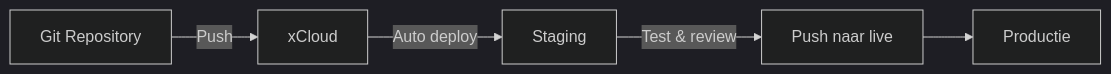
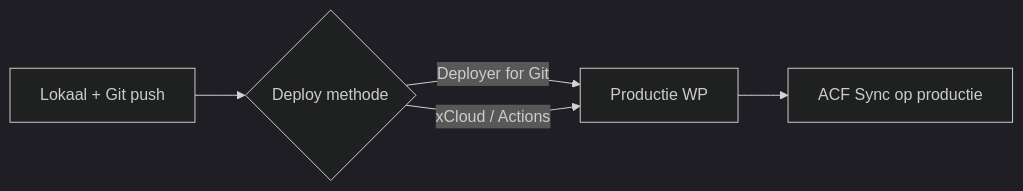
The diagram in hosting/deployments.mdx (kayjilesen/documentationai-Docs), drawn with Mermaid (dark theme) before and after one commit. The commit also changed other lines of this file and 5 other files, not shown here.

````diff
--- a/hosting/deployments.mdx
+++ b/hosting/deployments.mdx
@@ -10,7 +16,7 @@
 ```mermaid
 graph LR
-    A["Git Repository"] -->|"Push"| B["xCloud"]
-    B -->|"Auto deploy"| C["Staging"]
-    C -->|"Test & review"| D["Push naar live"]
-    D --> E["Productie"]
+    A["Lokaal + Git push"] --> B{"Deploy methode"}
+    B -->|"Deployer for Git"| C["Productie WP"]
+    B -->|"xCloud / Actions"| C
+    C --> D["ACF Sync op productie"]
 ```
````
